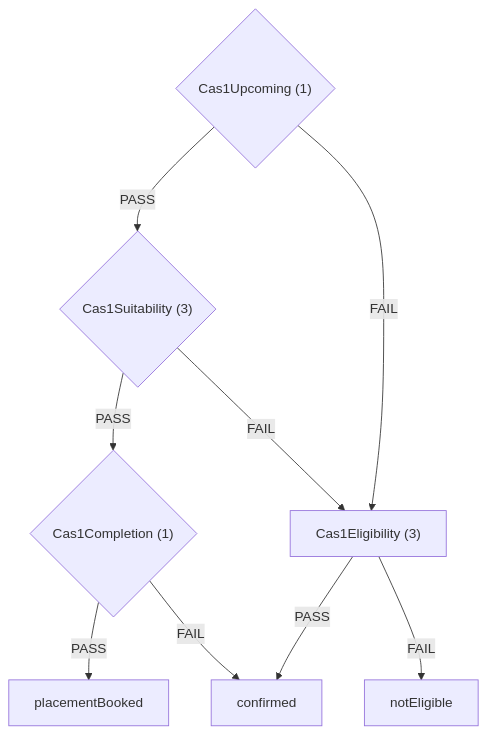
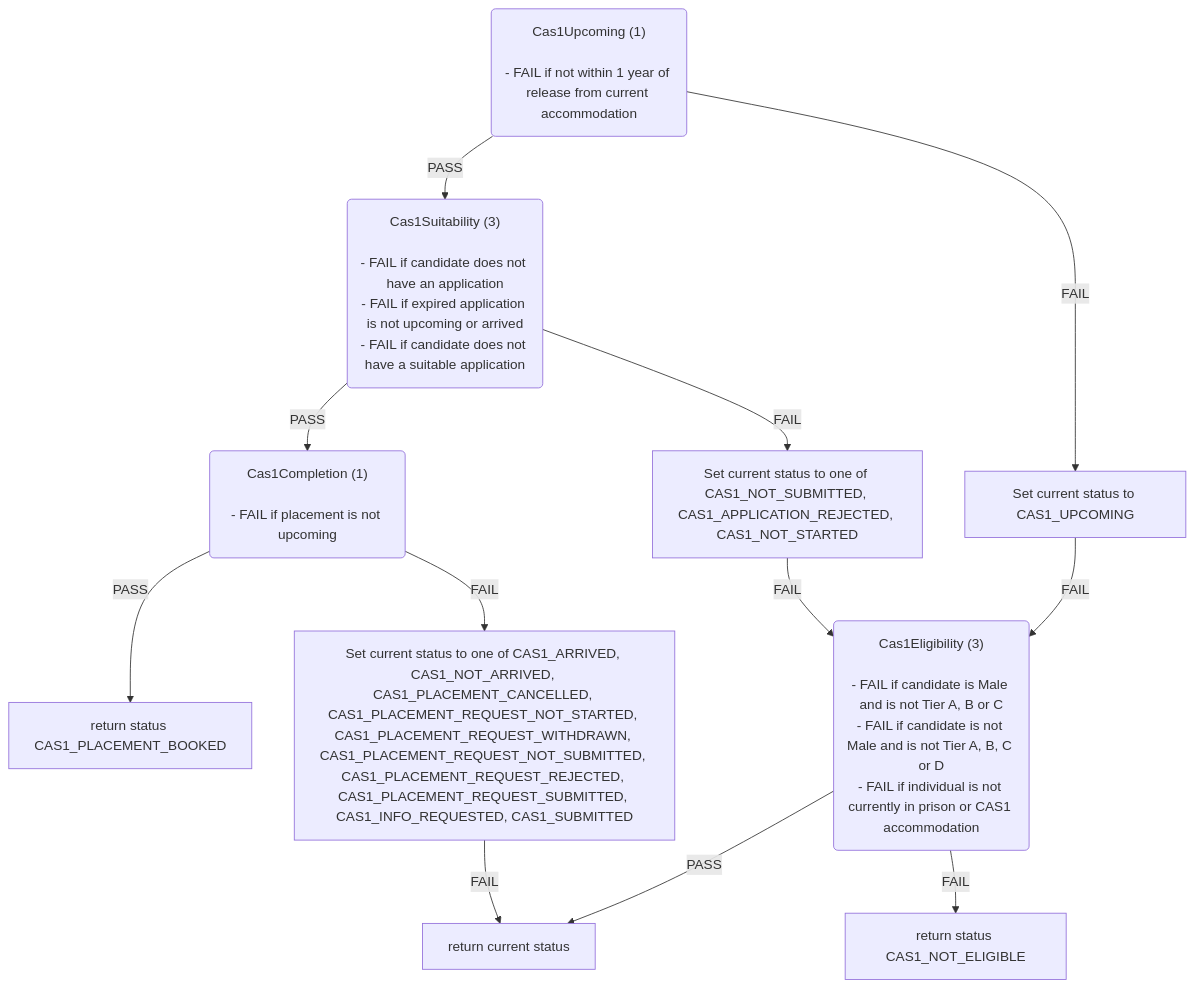
The first of 6 diagrams in docs/eligibility-rules-graph.md (ministryofjustice/hmpps-single-accommodation-service-api), drawn with Mermaid before and after one commit. The commit also changed other lines of this file and 25 other files, not shown here.

First line of the commit message:
Rules graph improvements

````diff
--- a/docs/eligibility-rules-graph.md
+++ b/docs/eligibility-rules-graph.md
@@ -9,18 +9,36 @@
 ```mermaid
 flowchart TD
-  Cas1Upcoming{"Cas1Upcoming (1)"}
-  Cas1Suitability{"Cas1Suitability (3)"}
-  Cas1Completion{"Cas1Completion (1)"}
-  placementBooked["placementBooked"]
-  confirmed["confirmed"]
-  Cas1Eligibility["Cas1Eligibility (3)"]
-  notEligible["notEligible"]
-  Cas1Completion -->|PASS| placementBooked
-  Cas1Completion -->|FAIL| confirmed
-  Cas1Eligibility -->|PASS| confirmed
-  Cas1Eligibility -->|FAIL| notEligible
+  Cas1Upcoming("Cas1Upcoming (1)
+
+- FAIL if not within 1 year of release from current accommodation")
+  Cas1Suitability("Cas1Suitability (3)
+
+- FAIL if candidate does not have an application
+- FAIL if expired application is not upcoming or arrived
+- FAIL if candidate does not have a suitable application")
+  Cas1Completion("Cas1Completion (1)
+
+- FAIL if placement is not upcoming")
+  return_status_CAS1_PLACEMENT_BOOKED["return status CAS1_PLACEMENT_BOOKED"]
+  Set_current_status_to_one_of_CAS1_ARRIVED__CAS1_NOT_ARRIVED__CAS1_PLACEMENT_CANCELLED__CAS1_PLACEMENT_REQUEST_NOT_STARTED__CAS1_PLACEMENT_REQUEST_WITHDRAWN__CAS1_PLACEMENT_REQUEST_NOT_SUBMITTED__CAS1_PLACEMENT_REQUEST_REJECTED__CAS1_PLACEMENT_REQUEST_SUBMITTED__CAS1_INFO_REQUESTED__CAS1_SUBMITTED["Set current status to one of CAS1_ARRIVED, CAS1_NOT_ARRIVED, CAS1_PLACEMENT_CANCELLED, CAS1_PLACEMENT_REQUEST_NOT_STARTED, CAS1_PLACEMENT_REQUEST_WITHDRAWN, CAS1_PLACEMENT_REQUEST_NOT_SUBMITTED, CAS1_PLACEMENT_REQUEST_REJECTED, CAS1_PLACEMENT_REQUEST_SUBMITTED, CAS1_INFO_REQUESTED, CAS1_SUBMITTED"]
+  return_current_status["return current status"]
+  Set_current_status_to_one_of_CAS1_NOT_SUBMITTED__CAS1_APPLICATION_REJECTED__CAS1_NOT_STARTED["Set current status to one of CAS1_NOT_SUBMITTED, CAS1_APPLICATION_REJECTED, CAS1_NOT_STARTED"]
+  Cas1Eligibility("Cas1Eligibility (3)
+
+- FAIL if candidate is Male and is not Tier A, B or C
+- FAIL if candidate is not Male and is not Tier A, B, C or D
+- FAIL if individual is not currently in prison or CAS1 accommodation")
+  return_status_CAS1_NOT_ELIGIBLE["return status CAS1_NOT_ELIGIBLE"]
+  Set_current_status_to_CAS1_UPCOMING["Set current status to CAS1_UPCOMING"]
+  Cas1Completion -->|PASS| return_status_CAS1_PLACEMENT_BOOKED
+  Cas1Completion -->|FAIL| Set_current_status_to_one_of_CAS1_ARRIVED__CAS1_NOT_ARRIVED__CAS1_PLACEMENT_CANCELLED__CAS1_PLACEMENT_REQUEST_NOT_STARTED__CAS1_PLACEMENT_REQUEST_WITHDRAWN__CAS1_PLACEMENT_REQUEST_NOT_SUBMITTED__CAS1_PLACEMENT_REQUEST_REJECTED__CAS1_PLACEMENT_REQUEST_SUBMITTED__CAS1_INFO_REQUESTED__CAS1_SUBMITTED
+  Set_current_status_to_one_of_CAS1_ARRIVED__CAS1_NOT_ARRIVED__CAS1_PLACEMENT_CANCELLED__CAS1_PLACEMENT_REQUEST_NOT_STARTED__CAS1_PLACEMENT_REQUEST_WITHDRAWN__CAS1_PLACEMENT_REQUEST_NOT_SUBMITTED__CAS1_PLACEMENT_REQUEST_REJECTED__CAS1_PLACEMENT_REQUEST_SUBMITTED__CAS1_INFO_REQUESTED__CAS1_SUBMITTED -->|FAIL| return_current_status
   Cas1Suitability -->|PASS| Cas1Completion
-  Cas1Suitability -->|FAIL| Cas1Eligibility
+  Cas1Suitability -->|FAIL| Set_current_status_to_one_of_CAS1_NOT_SUBMITTED__CAS1_APPLICATION_REJECTED__CAS1_NOT_STARTED
+  Cas1Eligibility -->|PASS| return_current_status
+  Cas1Eligibility -->|FAIL| return_status_CAS1_NOT_ELIGIBLE
+  Set_current_status_to_one_of_CAS1_NOT_SUBMITTED__CAS1_APPLICATION_REJECTED__CAS1_NOT_STARTED -->|FAIL| Cas1Eligibility
   Cas1Upcoming -->|PASS| Cas1Suitability
-  Cas1Upcoming -->|FAIL| Cas1Eligibility
+  Cas1Upcoming -->|FAIL| Set_current_status_to_CAS1_UPCOMING
+  Set_current_status_to_CAS1_UPCOMING -->|FAIL| Cas1Eligibility
 ```
````
